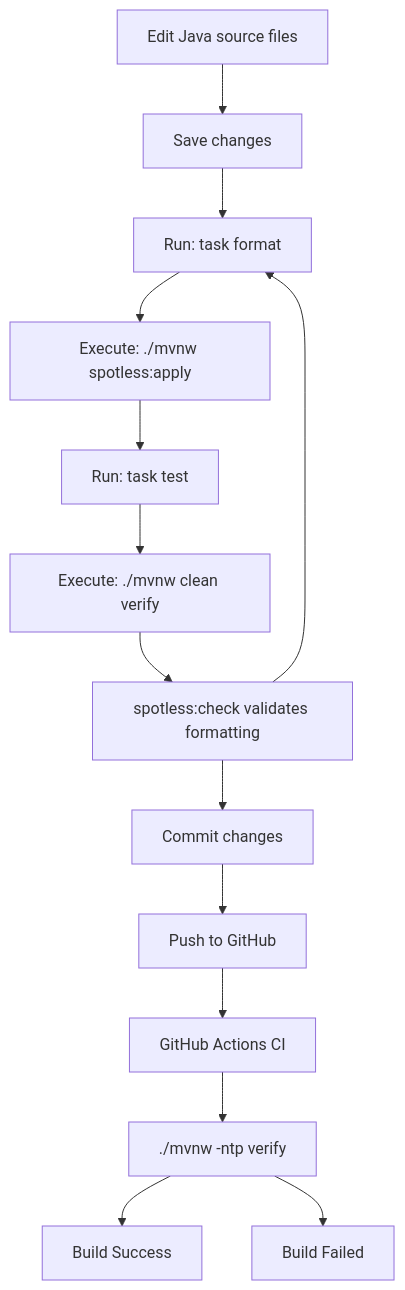
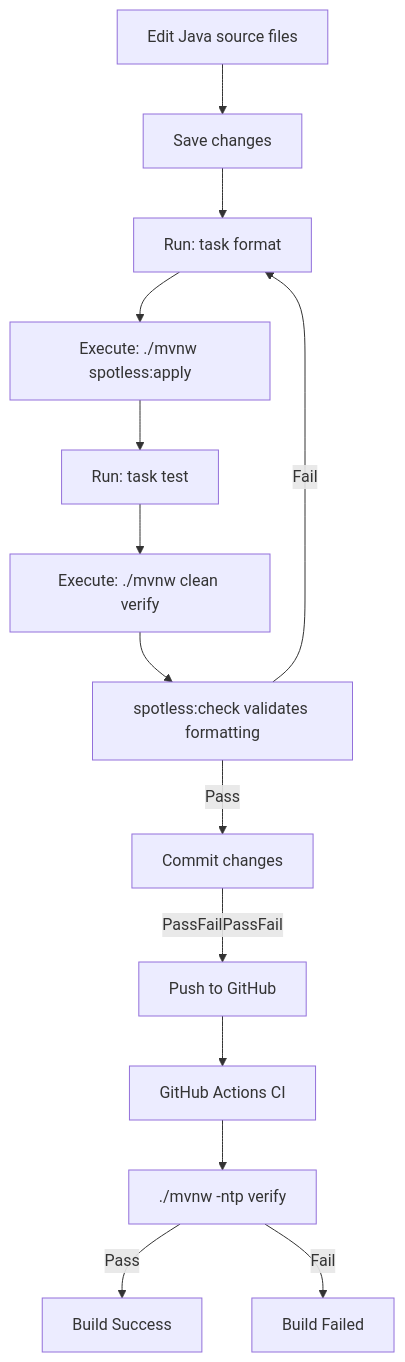
Before and after one commit to philipz/spring-modular-monolith: the fourth of 4 diagrams in docs/deepwiki/Code-Quality-and-Formatting.md, drawn with Mermaid. The commit also changed other lines of this file and 55 other files, not shown here.

````diff
--- a/docs/deepwiki/Code-Quality-and-Formatting.md
+++ b/docs/deepwiki/Code-Quality-and-Formatting.md
@@ -231,31 +231,31 @@
 ```mermaid
 flowchart TD
 
 edit["Edit Java source files"]
 save["Save changes"]
 format["Run: task format"]
 spotlessApply["Execute: ./mvnw spotless:apply"]
 verify["Run: task test"]
 mvnVerify["Execute: ./mvnw clean verify"]
 spotlessCheck["spotless:check validates formatting"]
 commit["Commit changes"]
 push["Push to GitHub"]
 ci["GitHub Actions CI"]
 ciVerify["./mvnw -ntp verify"]
 success["Build Success"]
 reject["Build Failed"]
 
 edit --> save
 save --> format
 format --> spotlessApply
 spotlessApply --> verify
 verify --> mvnVerify
 mvnVerify --> spotlessCheck
-spotlessCheck --> commit
-spotlessCheck --> format
-commit --> push
+spotlessCheck -->|"Pass"| commit
+spotlessCheck -->|"Fail"| format
+commit -->|"PassFailPassFail"| push
 push --> ci
 ci --> ciVerify
-ciVerify --> success
-ciVerify --> reject
+ciVerify -->|"Pass"| success
+ciVerify -->|"Fail"| reject
 ```
````
